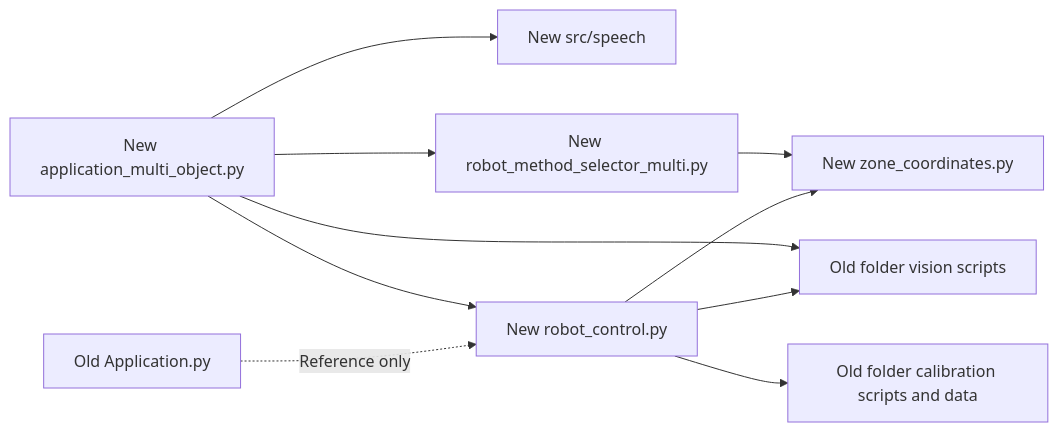
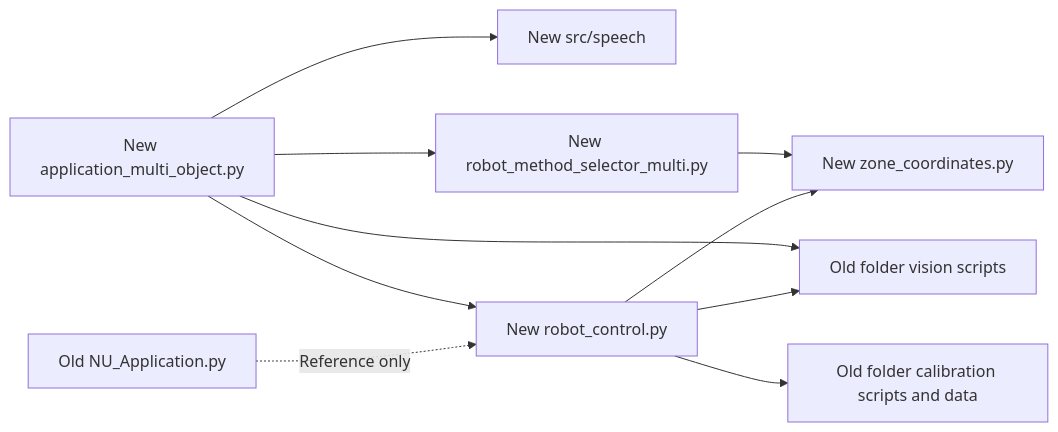
Before and after one commit to Gaurang8200/MASTER_THESIS: the eighth of 8 diagrams in UR_Audio_Steuerung_Using_LLM/OLD_NEW_SCRIPT_COMMUNICATION.md, drawn with Mermaid. The commit also changed other lines of this file and 107 other files, not shown here.

````diff
--- a/UR_Audio_Steuerung_Using_LLM/OLD_NEW_SCRIPT_COMMUNICATION.md
+++ b/UR_Audio_Steuerung_Using_LLM/OLD_NEW_SCRIPT_COMMUNICATION.md
@@ -348,21 +327,21 @@
 ```mermaid
 flowchart LR
     NewApp["New application_multi_object.py"]
     NewSpeech["New src/speech"]
     NewSelector["New robot_method_selector_multi.py"]
     NewRobot["New robot_control.py"]
     NewZones["New zone_coordinates.py"]
     OldVision["Old folder vision scripts"]
     OldCalibration["Old folder calibration scripts and data"]
-    OldApplication["Old Application.py"]
+    OldApplication["Old NU_Application.py"]
 
     NewApp --> NewSpeech
     NewApp --> NewSelector
     NewApp --> NewRobot
     NewSelector --> NewZones
     NewRobot --> NewZones
     NewApp --> OldVision
     NewRobot --> OldVision
     NewRobot --> OldCalibration
     OldApplication -.->|Reference only| NewRobot
 ```
````
